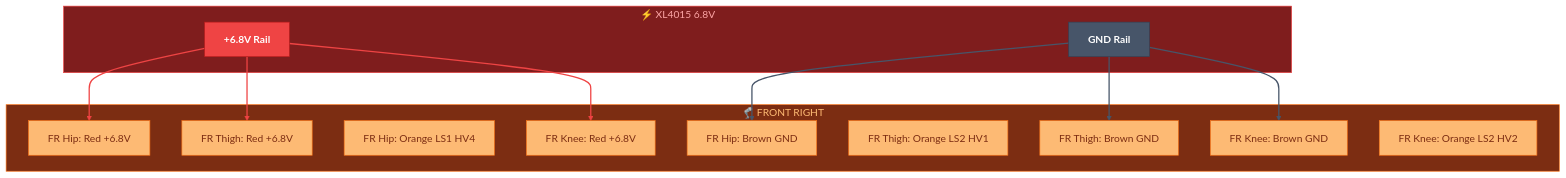
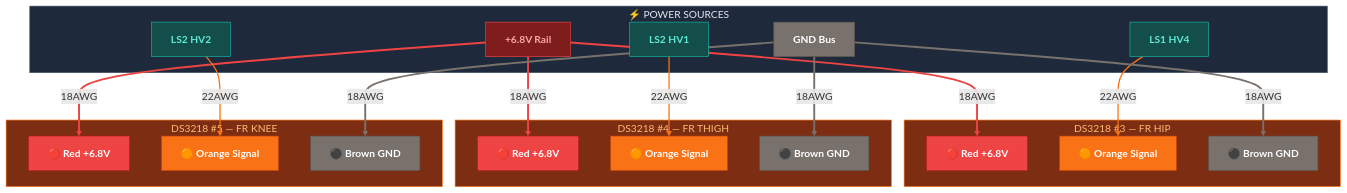
One commit to Major-Project-001/VIGIL-RQ changed the second of 4 diagrams in control/docs/wiring_servo_power.md. Above: the diagram before and after it, drawn with Mermaid. The commit also changed other lines of this file and 7 other files, not shown here.

Commit message:
docs: Add control README with reading order, enhance all wiring docs with specs/troubleshooting/diagrams

````diff
--- a/control/docs/wiring_servo_power.md
+++ b/control/docs/wiring_servo_power.md
@@ -52,36 +90,53 @@
 ```mermaid
-graph TB
-    classDef servoPin fill:#fdba74,stroke:#f97316,color:#7c2d12
-    classDef power fill:#ef4444,stroke:#b91c1c,color:#fff,font-weight:bold
-    classDef gnd fill:#475569,stroke:#334155,color:#fff,font-weight:bold
+graph TD
+    classDef red fill:#ef4444,stroke:#b91c1c,color:#fff,font-weight:bold
+    classDef orange fill:#f97316,stroke:#c2410c,color:#fff,font-weight:bold
+    classDef brown fill:#78716c,stroke:#57534e,color:#fff,font-weight:bold
+    classDef rail fill:#7f1d1d,stroke:#ef4444,color:#fca5a5,font-weight:bold
+    classDef ls fill:#134e4a,stroke:#14b8a6,color:#5eead4,font-weight:bold
 
-    subgraph RAIL_FR["⚡ XL4015 6.8V"]
-        RP2["+6.8V Rail"]:::power
-        RG2["GND Rail"]:::gnd
+    subgraph SOURCES_FR["⚡ POWER SOURCES"]
+        RP2["+6.8V Rail"]:::rail
+        RG2["GND Bus"]:::brown
+        LS1_HV4["LS1 HV4"]:::ls
+        LS2_HV1["LS2 HV1"]:::ls
+        LS2_HV2["LS2 HV2"]:::ls
     end
 
-    subgraph FR_PWR["🦿 FRONT RIGHT"]
-        FRH_P["FR Hip: Red +6.8V"]:::servoPin
-        FRH_G["FR Hip: Brown GND"]:::servoPin
-        FRH_S["FR Hip: Orange LS1 HV4"]:::servoPin
-        FRT_P["FR Thigh: Red +6.8V"]:::servoPin
-        FRT_G["FR Thigh: Brown GND"]:::servoPin
-        FRT_S["FR Thigh: Orange LS2 HV1"]:::servoPin
-        FRK_P["FR Knee: Red +6.8V"]:::servoPin
-        FRK_G["FR Knee: Brown GND"]:::servoPin
-        FRK_S["FR Knee: Orange LS2 HV2"]:::servoPin
+    subgraph S3["DS3218 #3 — FR HIP"]
+        S3_R["🔴 Red +6.8V"]:::red
+        S3_O["🟠 Orange Signal"]:::orange
+        S3_B["⚫ Brown GND"]:::brown
     end
 
-    RP2 ==> FRH_P
-    RP2 ==> FRT_P
-    RP2 ==> FRK_P
-    RG2 ==> FRH_G
-    RG2 ==> FRT_G
-    RG2 ==> FRK_G
+    subgraph S4["DS3218 #4 — FR THIGH"]
+        S4_R["🔴 Red +6.8V"]:::red
+        S4_O["🟠 Orange Signal"]:::orange
+        S4_B["⚫ Brown GND"]:::brown
+    end
 
-    linkStyle 0,1,2 stroke:#ef4444,stroke-width:2px
-    linkStyle 3,4,5 stroke:#475569,stroke-width:2px
+    subgraph S5["DS3218 #5 — FR KNEE"]
+        S5_R["🔴 Red +6.8V"]:::red
+        S5_O["🟠 Orange Signal"]:::orange
+        S5_B["⚫ Brown GND"]:::brown
+    end
 
-    style RAIL_FR fill:#7f1d1d,stroke:#ef4444,color:#fca5a5
-    style FR_PWR fill:#7c2d12,stroke:#f97316,color:#fdba74
+    RP2 ==>|"18AWG"| S3_R
+    RP2 ==>|"18AWG"| S4_R
+    RP2 ==>|"18AWG"| S5_R
+    LS1_HV4 -->|"22AWG"| S3_O
+    LS2_HV1 -->|"22AWG"| S4_O
+    LS2_HV2 -->|"22AWG"| S5_O
+    RG2 ==>|"18AWG"| S3_B
+    RG2 ==>|"18AWG"| S4_B
+    RG2 ==>|"18AWG"| S5_B
+
+    linkStyle 0,1,2 stroke:#ef4444,stroke-width:3px
+    linkStyle 3,4,5 stroke:#f97316,stroke-width:2px
+    linkStyle 6,7,8 stroke:#78716c,stroke-width:3px
+
+    style SOURCES_FR fill:#1e293b,stroke:#475569,color:#e2e8f0
+    style S3 fill:#7c2d12,stroke:#f97316,color:#fdba74
+    style S4 fill:#7c2d12,stroke:#f97316,color:#fdba74
+    style S5 fill:#7c2d12,stroke:#f97316,color:#fdba74
 ```
````
